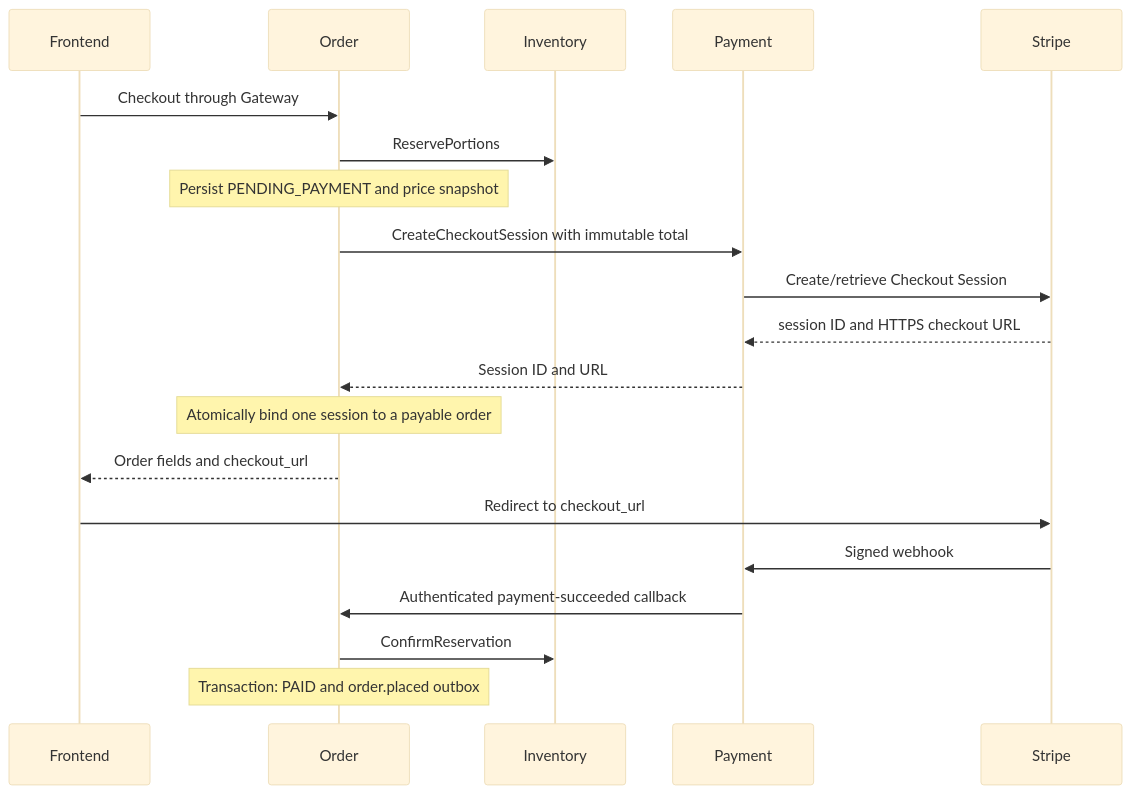
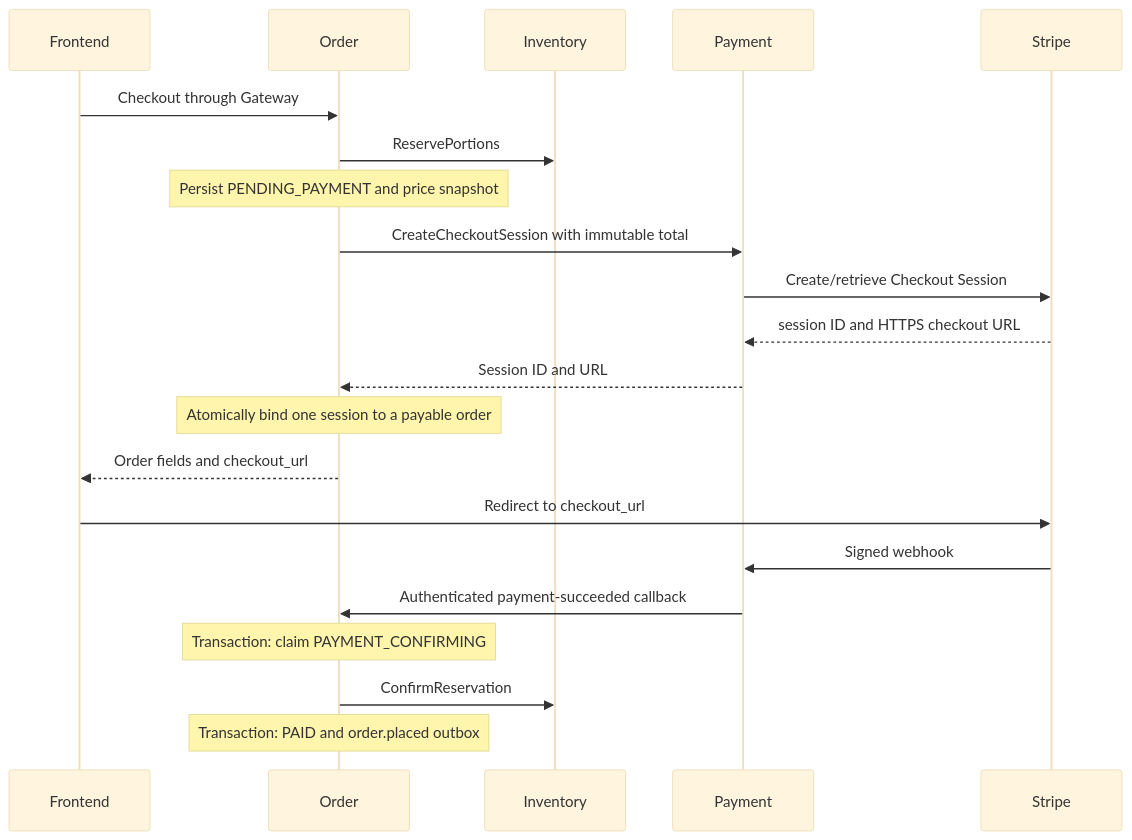
Before and after one commit to PhoengZ/backend-gelato-management: the first of 2 diagrams in docs/architecture/order-checkout.md, drawn with Mermaid (base theme). The commit also changed other lines of this file and 15 other files, not shown here.

````diff
--- a/docs/architecture/order-checkout.md
+++ b/docs/architecture/order-checkout.md
@@ -26,22 +26,23 @@
 ```mermaid
 sequenceDiagram
     participant Frontend
     participant Order
     participant Inventory
     participant Payment
     participant Stripe
     Frontend->>Order: Checkout through Gateway
     Order->>Inventory: ReservePortions
     Note over Order: Persist PENDING_PAYMENT and price snapshot
     Order->>Payment: CreateCheckoutSession with immutable total
     Payment->>Stripe: Create/retrieve Checkout Session
     Stripe-->>Payment: session ID and HTTPS checkout URL
     Payment-->>Order: Session ID and URL
     Note over Order: Atomically bind one session to a payable order
     Order-->>Frontend: Order fields and checkout_url
     Frontend->>Stripe: Redirect to checkout_url
     Stripe->>Payment: Signed webhook
     Payment->>Order: Authenticated payment-succeeded callback
+    Note over Order: Transaction: claim PAYMENT_CONFIRMING
     Order->>Inventory: ConfirmReservation
     Note over Order: Transaction: PAID and order.placed outbox
 ```
````
